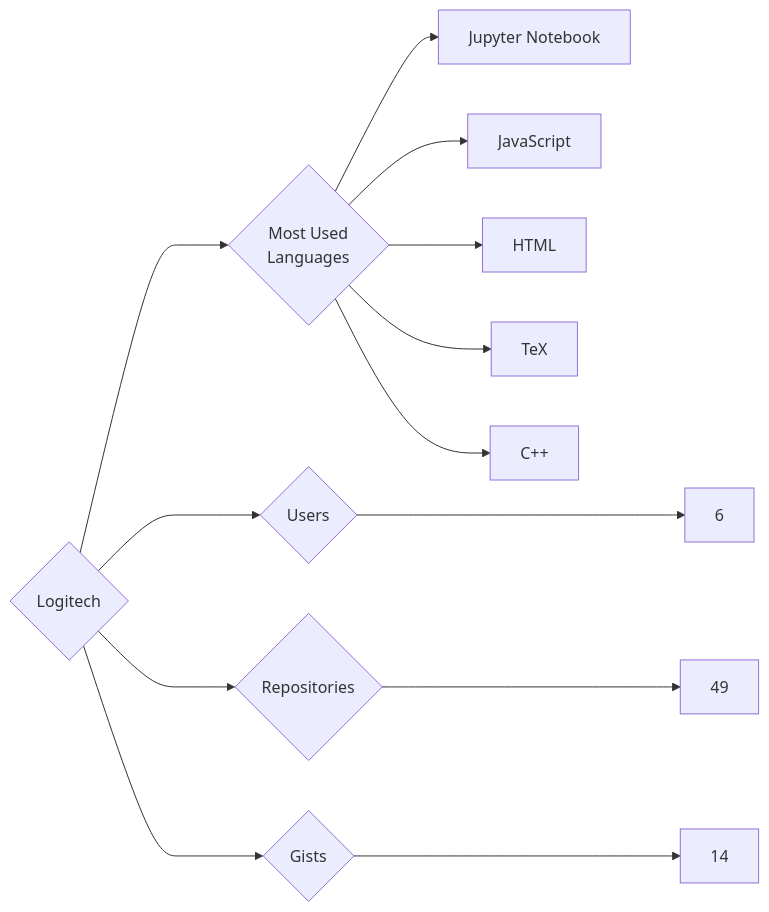
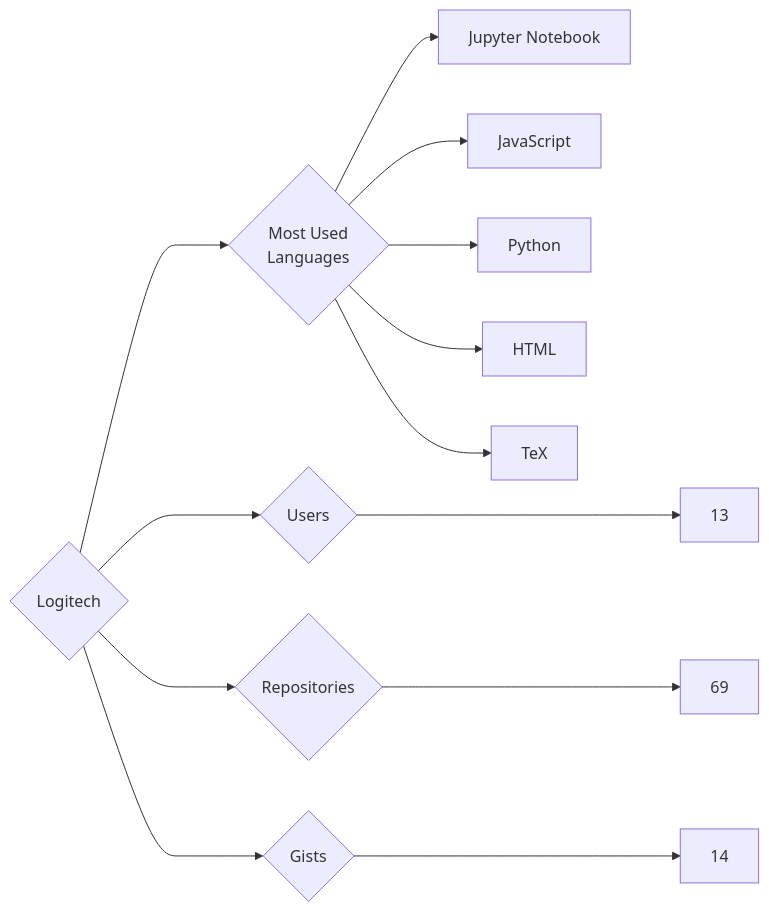
Before and after one commit to trickest/insiders: the diagram in targets/Logitech/README.md, drawn with Mermaid. The commit also changed 916 other files, not shown here.

````diff
--- a/targets/Logitech/README.md
+++ b/targets/Logitech/README.md
@@ -3,13 +3,13 @@
 ```mermaid
 graph LR
 COMPANY_NAME{Logitech}
-COMPANY_NAME ---> U{Users} ---> UN[6]
-COMPANY_NAME ---> R{Repositories} ---> RN[49]
+COMPANY_NAME ---> U{Users} ---> UN[13]
+COMPANY_NAME ---> R{Repositories} ---> RN[69]
 COMPANY_NAME ---> G{Gists} ---> GN[14]
 COMPANY_NAME ---> ML{Most Used<br>Languages}
 ML --> Jupyter_Notebook[Jupyter Notebook]
 ML --> JavaScript[JavaScript]
+ML --> Python[Python]
 ML --> HTML[HTML]
 ML --> TeX[TeX]
-ML --> C++[C++]
 ```
````
